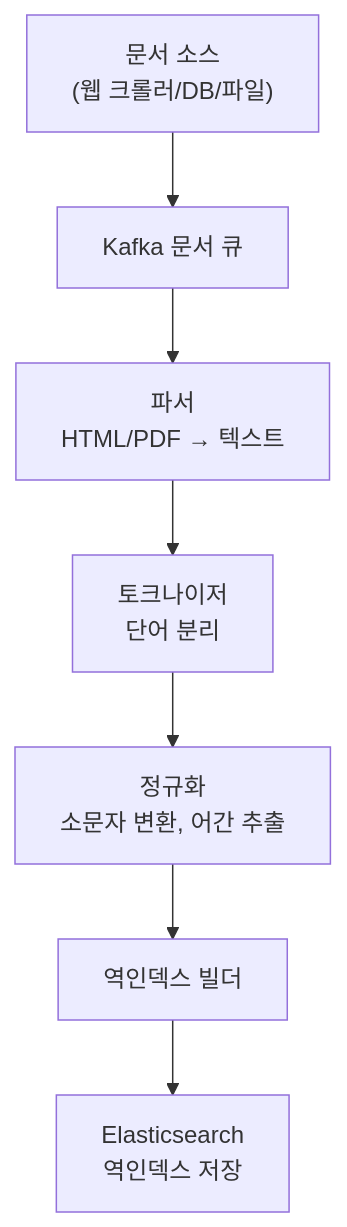
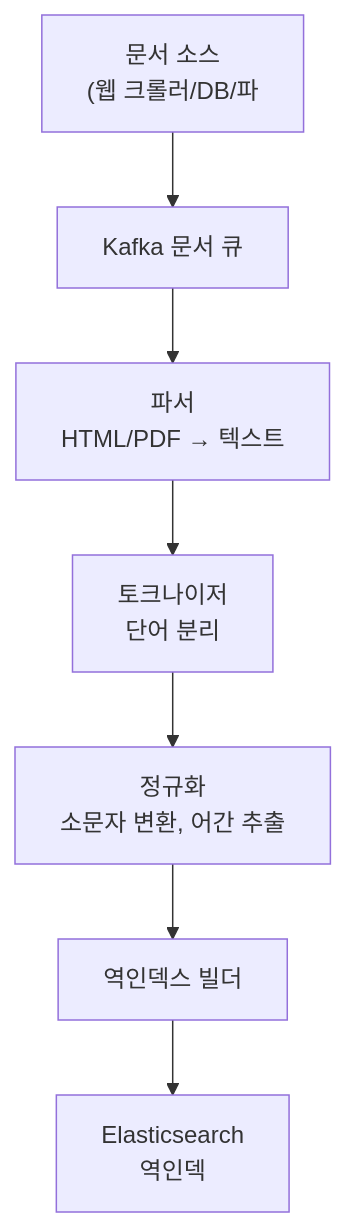
Before and after one commit to yjkim2015/yjkim2015.github.io: the second of 5 diagrams in _posts/systemdesign/2026-05-02-system-design-search.md, drawn with Mermaid. The commit also changed other lines of this file and 271 other files, not shown here.

First line of the commit message:
Mermaid 라벨 축소: 긴 노드 텍스트 18자 이하로 트림 + \n 제거

````diff
--- a/_posts/systemdesign/2026-05-02-system-design-search.md
+++ b/_posts/systemdesign/2026-05-02-system-design-search.md
@@ -65,9 +65,9 @@
 ```mermaid
 graph TD
-    Source["문서 소스\n(웹 크롤러/DB/파일)"] --> Kafka["Kafka 문서 큐"]
+    Source["문서 소스\n(웹 크롤러/DB/파"] --> Kafka["Kafka 문서 큐"]
     Kafka --> Parser["파서\nHTML/PDF → 텍스트"]
     Parser --> Tokenizer["토크나이저\n단어 분리"]
     Tokenizer --> Normalizer["정규화\n소문자 변환, 어간 추출"]
     Normalizer --> Builder["역인덱스 빌더"]
-    Builder --> ES["Elasticsearch\n역인덱스 저장"]
+    Builder --> ES["Elasticsearch\n역인덱"]
 ```
````
